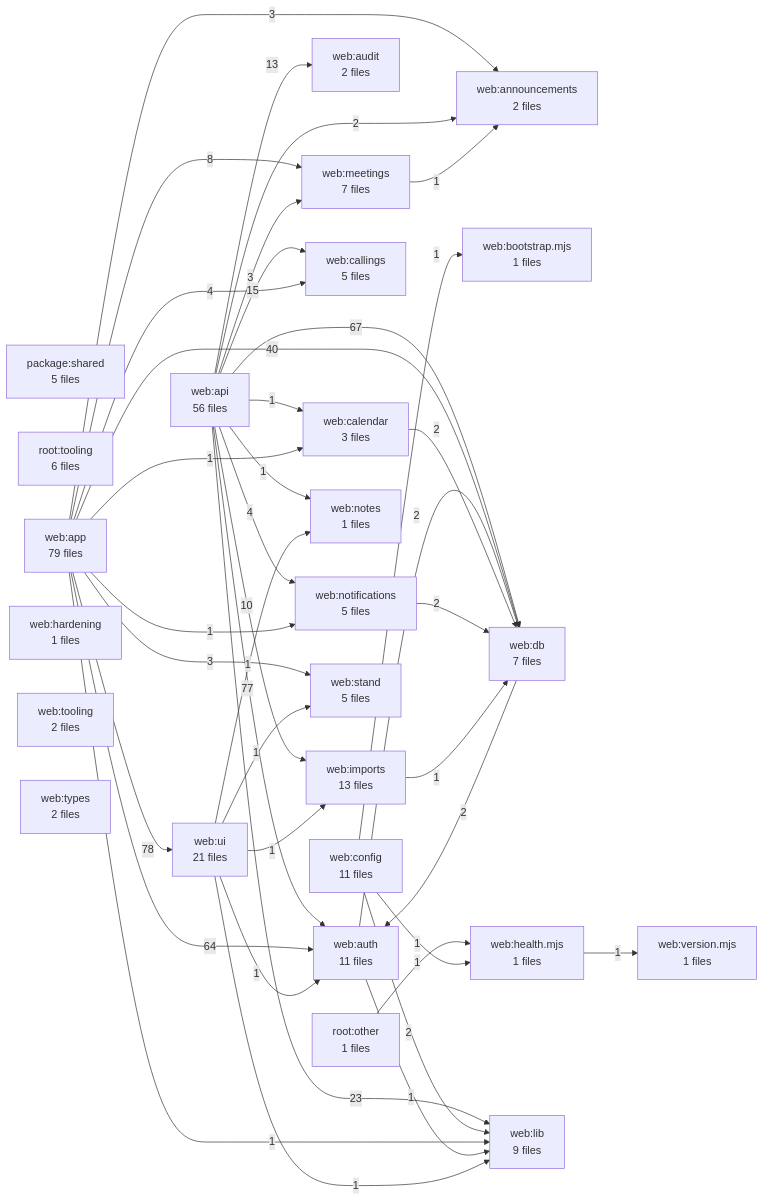
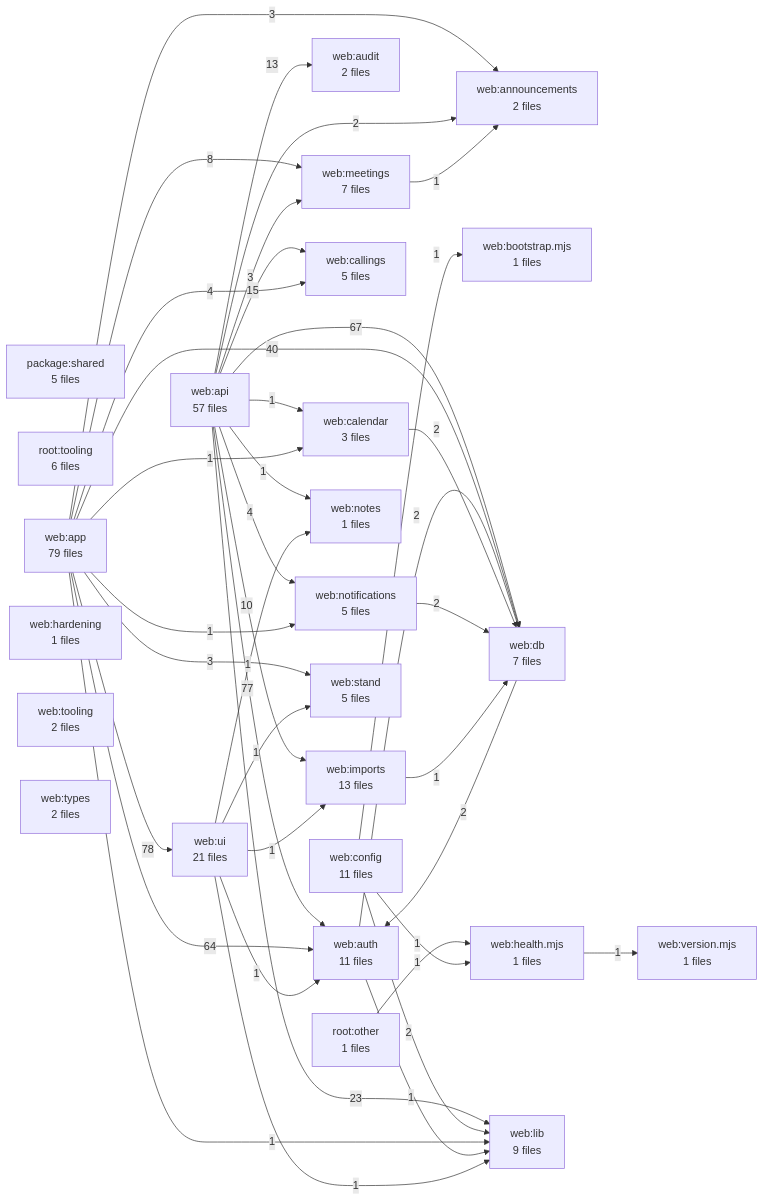
The diagram in docs/DEPENDENCY_GRAPH.md (kalebhall/the-stand), drawn with Mermaid before and after one commit. The commit also changed other lines of this file and 3 other files, not shown here.

````diff
--- a/docs/DEPENDENCY_GRAPH.md
+++ b/docs/DEPENDENCY_GRAPH.md
@@ -11,66 +11,66 @@
 ```mermaid
 flowchart LR
   A1["package:shared<br/>5 files"]
   A2["root:other<br/>1 files"]
   A3["root:tooling<br/>6 files"]
   A4["web:announcements<br/>2 files"]
-  A5["web:api<br/>56 files"]
+  A5["web:api<br/>57 files"]
   A6["web:app<br/>79 files"]
   A7["web:audit<br/>2 files"]
   A8["web:auth<br/>11 files"]
   A9["web:bootstrap.mjs<br/>1 files"]
   A10["web:calendar<br/>3 files"]
   A11["web:callings<br/>5 files"]
   A12["web:config<br/>11 files"]
   A13["web:db<br/>7 files"]
   A14["web:hardening<br/>1 files"]
   A15["web:health.mjs<br/>1 files"]
   A16["web:imports<br/>13 files"]
   A17["web:lib<br/>9 files"]
   A18["web:meetings<br/>7 files"]
   A19["web:notes<br/>1 files"]
   A20["web:notifications<br/>5 files"]
   A21["web:stand<br/>5 files"]
   A22["web:tooling<br/>2 files"]
   A23["web:types<br/>2 files"]
   A24["web:ui<br/>21 files"]
   A25["web:version.mjs<br/>1 files"]
   A6 -->|78| A24
   A5 -->|77| A8
   A5 -->|67| A13
   A6 -->|64| A8
   A6 -->|40| A13
   A5 -->|23| A17
   A5 -->|15| A11
   A5 -->|13| A7
   A5 -->|10| A16
   A6 -->|8| A18
   A5 -->|4| A20
   A6 -->|4| A11
   A5 -->|3| A18
   A6 -->|3| A4
   A6 -->|3| A21
   A5 -->|2| A4
   A8 -->|2| A13
   A10 -->|2| A13
   A12 -->|2| A17
   A13 -->|2| A8
   A20 -->|2| A13
   A2 -->|1| A15
   A5 -->|1| A10
   A5 -->|1| A19
   A6 -->|1| A10
   A6 -->|1| A17
   A6 -->|1| A20
   A8 -->|1| A17
   A12 -->|1| A9
   A12 -->|1| A15
   A15 -->|1| A25
   A16 -->|1| A13
   A18 -->|1| A4
   A24 -->|1| A8
   A24 -->|1| A16
   A24 -->|1| A17
   A24 -->|1| A19
   A24 -->|1| A21
 ```
````
